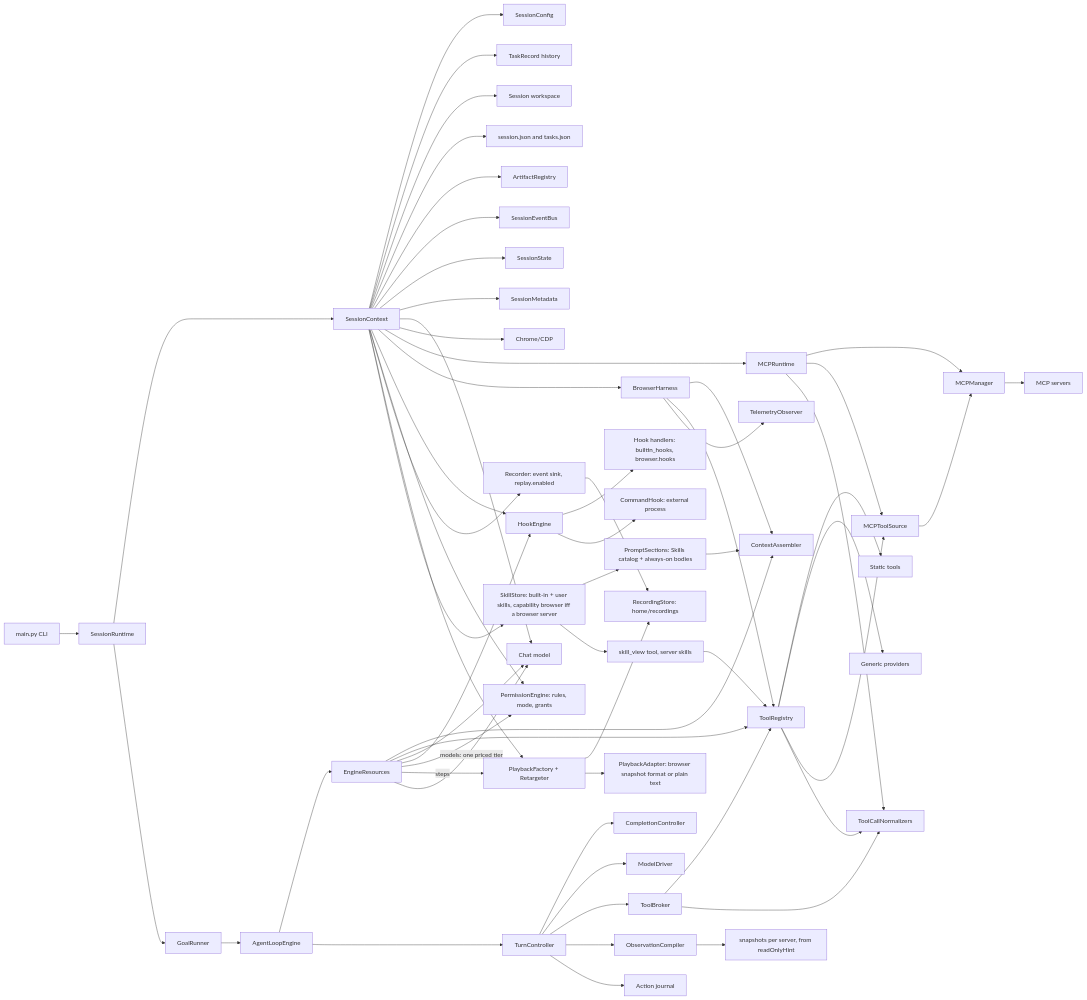
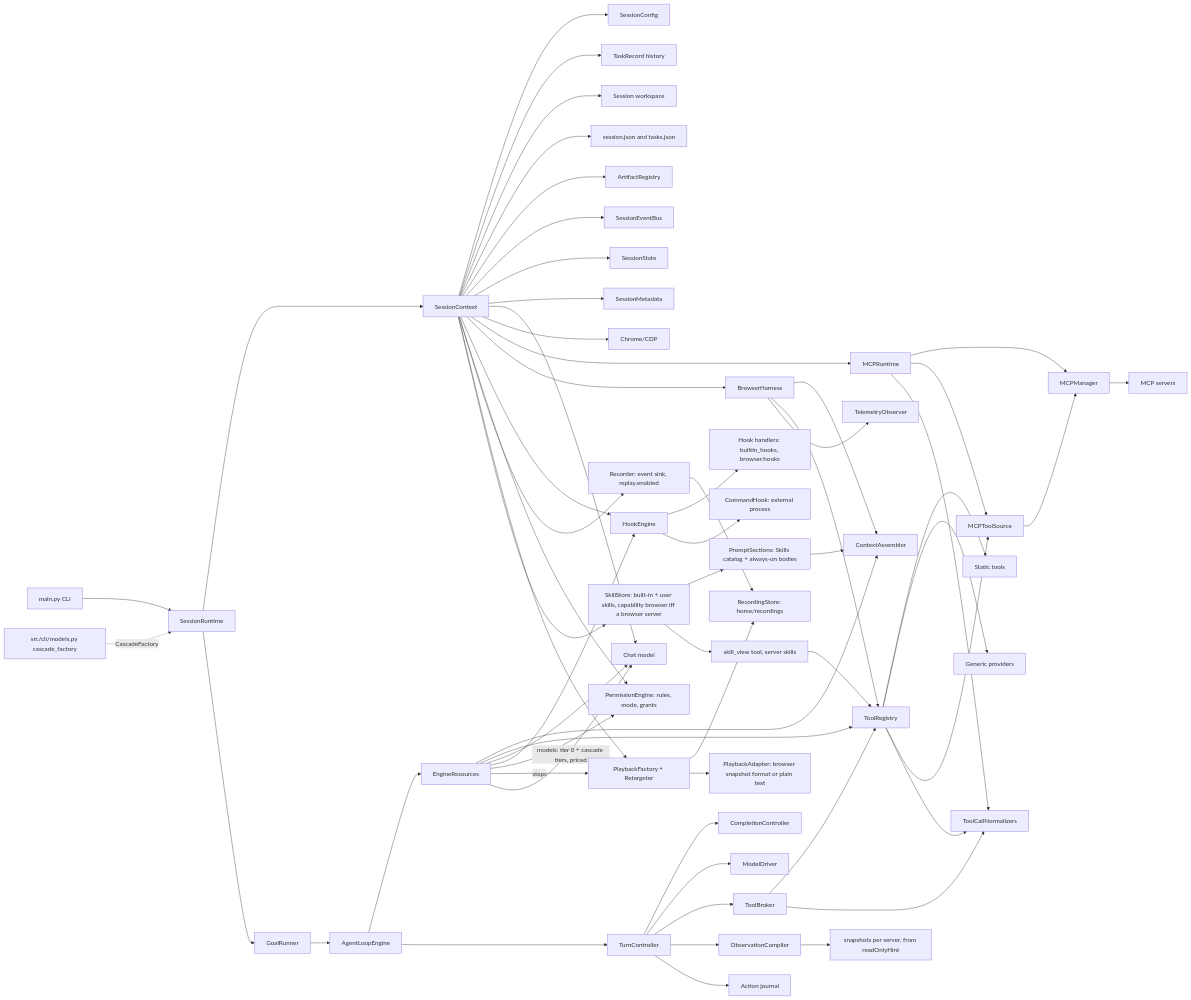
The diagram in docs/diagrams/harness-boundaries.md (Hastur456/AutoBrowser), drawn with Mermaid before and after one commit. The commit also changed other lines of this file and 14 other files, not shown here.

````diff
--- a/docs/diagrams/harness-boundaries.md
+++ b/docs/diagrams/harness-boundaries.md
@@ -8,62 +8,63 @@
 ```mermaid
 flowchart LR
   CLI[main.py CLI] --> Session[SessionRuntime]
   Session --> SessionCtx[SessionContext]
   SessionCtx --> Config[SessionConfig]
   SessionCtx --> Tasks[TaskRecord history]
   SessionCtx --> Workspace[Session workspace]
   SessionCtx --> SessionFiles[session.json and tasks.json]
   SessionCtx --> Artifacts[ArtifactRegistry]
   SessionCtx --> Events[SessionEventBus]
   SessionCtx --> State[SessionState]
   SessionCtx --> Metadata[SessionMetadata]
   SessionCtx --> LLM[Chat model]
   SessionCtx --> Chrome[Chrome/CDP]
   SessionCtx --> MCPRuntime[MCPRuntime]
   SessionCtx --> Harness[BrowserHarness]
   SessionCtx --> Hooks[HookEngine]
   SessionCtx --> Permissions[PermissionEngine: rules, mode, grants]
   SessionCtx --> Recorder[Recorder: event sink, replay.enabled]
   Recorder --> RecordingStore[RecordingStore: home/recordings]
   SessionCtx --> PlaybackFactory[PlaybackFactory + Retargeter]
   PlaybackFactory --> RecordingStore
   PlaybackFactory --> Adapter[PlaybackAdapter: browser snapshot format or plain text]
   SessionCtx --> Skills[SkillStore: built-in + user skills, capability browser iff a browser server]
   Skills --> Sections[PromptSections: Skills catalog + always-on bodies]
   Skills --> SkillView[skill_view tool, server skills]
   Sections --> ContextAssembler
   SkillView --> Tools
   Hooks --> HookHandlers[Hook handlers: builtin_hooks, browser.hooks]
   Hooks --> CommandHooks[CommandHook: external process]
   MCPRuntime --> Manager[MCPManager]
   MCPRuntime --> ToolSource[MCPToolSource]
   MCPRuntime --> Normalizers[ToolCallNormalizers]
   Manager --> MCP[MCP servers]
   Session --> GoalRunner[GoalRunner]
   GoalRunner --> Engine[AgentLoopEngine]
   Harness --> ContextAssembler[ContextAssembler]
   Harness --> Tools[ToolRegistry]
   Harness --> Telemetry[TelemetryObserver]
   Engine --> Resources[EngineResources]
   Resources --> ContextAssembler
   Resources --> Tools
   Resources --> LLM
   Resources --> Hooks
   Resources --> Permissions
   Resources -->|steps| PlaybackFactory
-  Resources -->|models: one priced tier| LLM
+  Resources -->|models: tier 0 + cascade tiers, priced| LLM
+  CascadeCLI[src/cli/models.py cascade_factory] -.->|CascadeFactory| Session
   Tools --> StaticTools[Static tools]
   Tools --> Providers[Generic providers]
   Tools --> ToolSource
   Tools --> Normalizers
   ToolSource --> Manager
   Engine --> TurnController[TurnController]
   TurnController --> Completion[CompletionController]
   TurnController --> ModelDriver[ModelDriver]
   TurnController --> ToolBroker[ToolBroker]
   TurnController --> ObsCompiler[ObservationCompiler]
   ObsCompiler --> Snapshots[snapshots per server, from readOnlyHint]
   ToolBroker --> Tools
   ToolBroker --> Normalizers
   TurnController --> Journal[Action journal]
 ```
````
